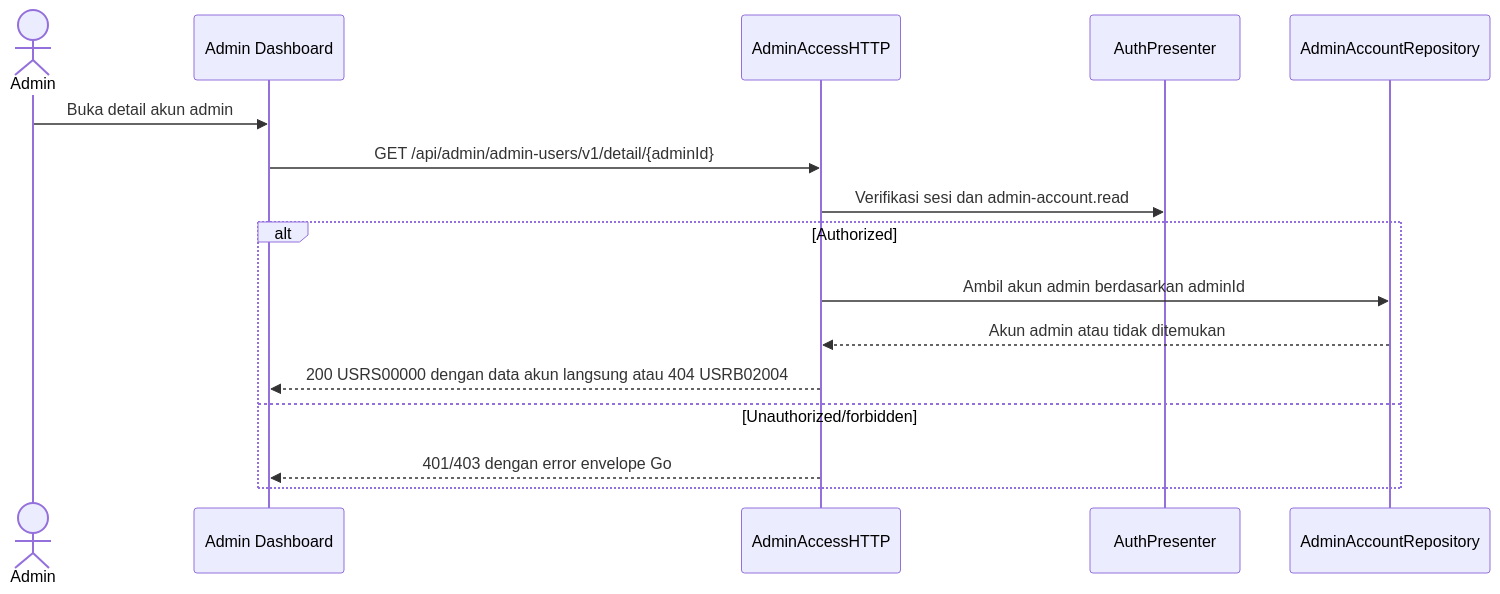
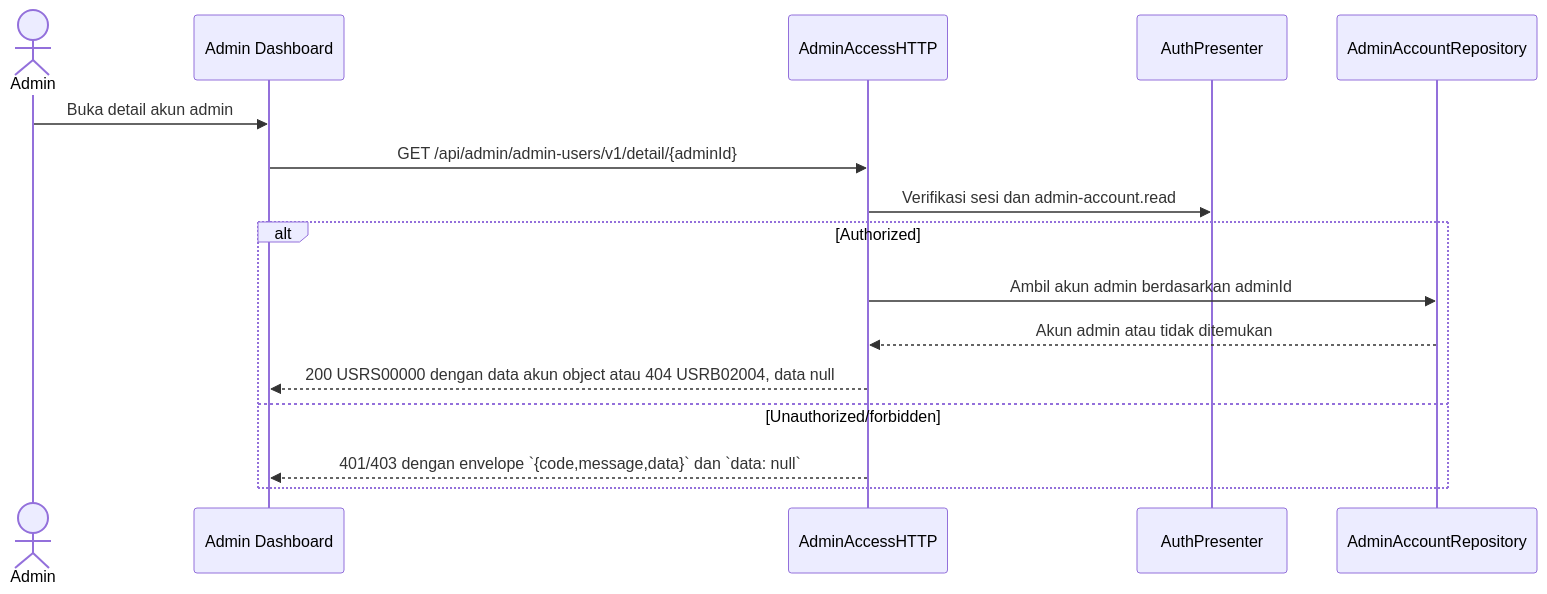
The diagram in sprint-1/solutioning/dashboard/admin-accounts/get-admin-account-detail.md (fatihmuhamadridho/docs-game-service-platform), drawn with Mermaid before and after one commit. The commit also changed other lines of this file and 24 other files, not shown here.

````diff
--- a/sprint-1/solutioning/dashboard/admin-accounts/get-admin-account-detail.md
+++ b/sprint-1/solutioning/dashboard/admin-accounts/get-admin-account-detail.md
@@ -16,18 +16,18 @@
 ```mermaid
 sequenceDiagram
     actor Admin
     participant UI as Admin Dashboard
     participant API as AdminAccessHTTP
     participant Auth as AuthPresenter
     participant Repo as AdminAccountRepository
     Admin->>UI: Buka detail akun admin
     UI->>API: GET /api/admin/admin-users/v1/detail/{adminId}
     API->>Auth: Verifikasi sesi dan admin-account.read
     alt Authorized
         API->>Repo: Ambil akun admin berdasarkan adminId
         Repo-->>API: Akun admin atau tidak ditemukan
-        API-->>UI: 200 USRS00000 dengan data akun langsung atau 404 USRB02004
+        API-->>UI: 200 USRS00000 dengan data akun object atau 404 USRB02004, data null
     else Unauthorized/forbidden
-        API-->>UI: 401/403 dengan error envelope Go
+        API-->>UI: 401/403 dengan envelope `{code,message,data}` dan `data: null`
     end
 ```
````
